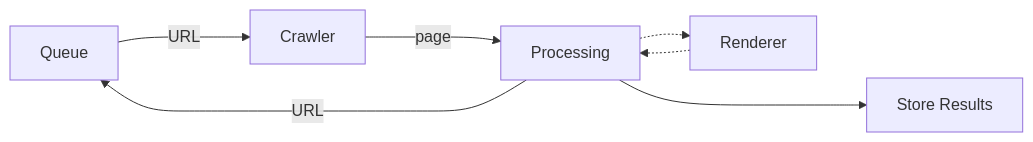
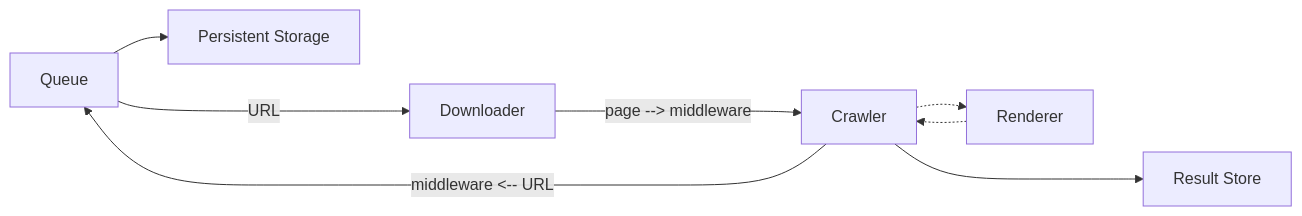
Before and after one commit to nyu-mlab/K12-Observatory: the diagram in scraper/html-scraper/README.md, drawn with Mermaid.

Commit message:
Update architecture concept graph
Change name of components to better describe their purpose, show
middleware and queue persistence in the graph.

````diff
--- a/scraper/html-scraper/README.md
+++ b/scraper/html-scraper/README.md
@@ -29,9 +14,10 @@
 ```mermaid
 graph LR;
-    Queue-- URL --->Crawler;
-    Crawler-- page --->Processing;
-    Processing--->Persist[Store Results];
-    Processing-- URL -->Queue;
-    Processing-.->Renderer;
-    Renderer-.->Processing;
+    Queue-- URL --->Downloader;
+    Queue --> PersistQueue[Persistent Storage];
+    Downloader-- "page --> middleware" --->Crawler;
+    Crawler--->PersistResults[Result Store];
+    Crawler-- "middleware <-- URL" -->Queue;
+    Crawler-.->Renderer;
+    Renderer-.->Crawler;
 ```
````
